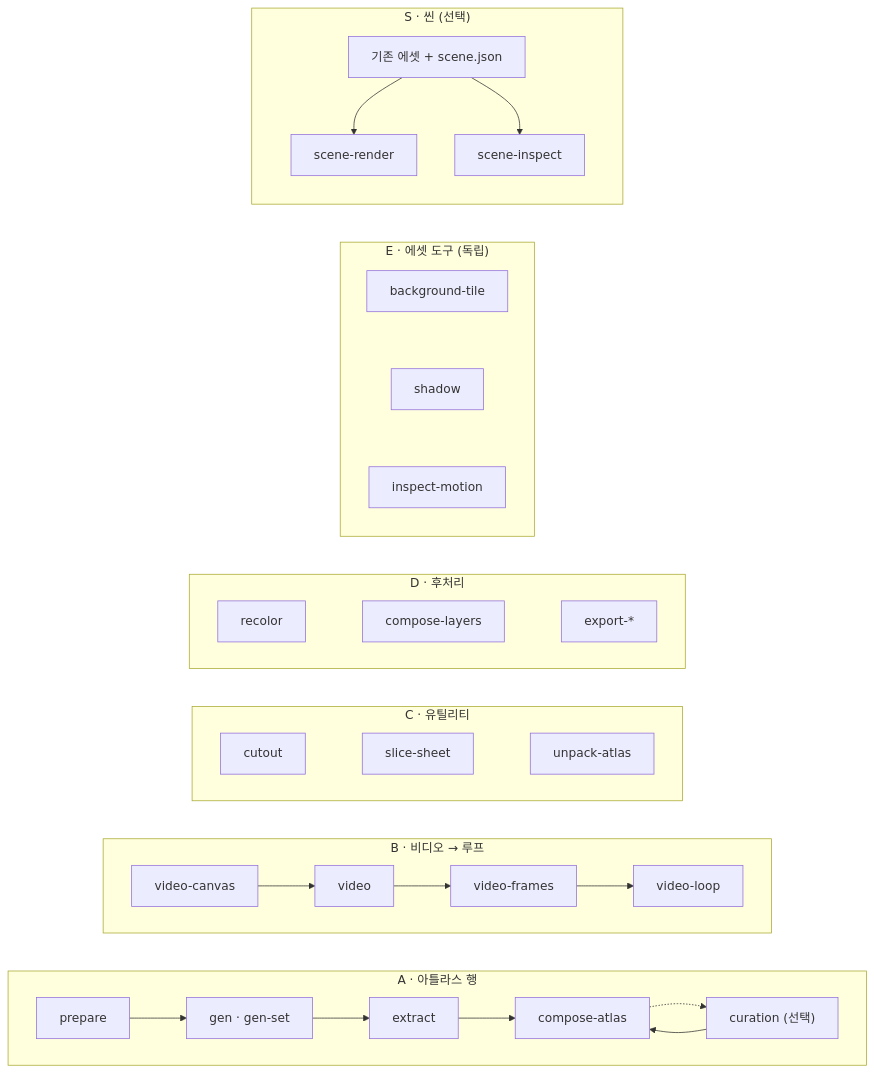
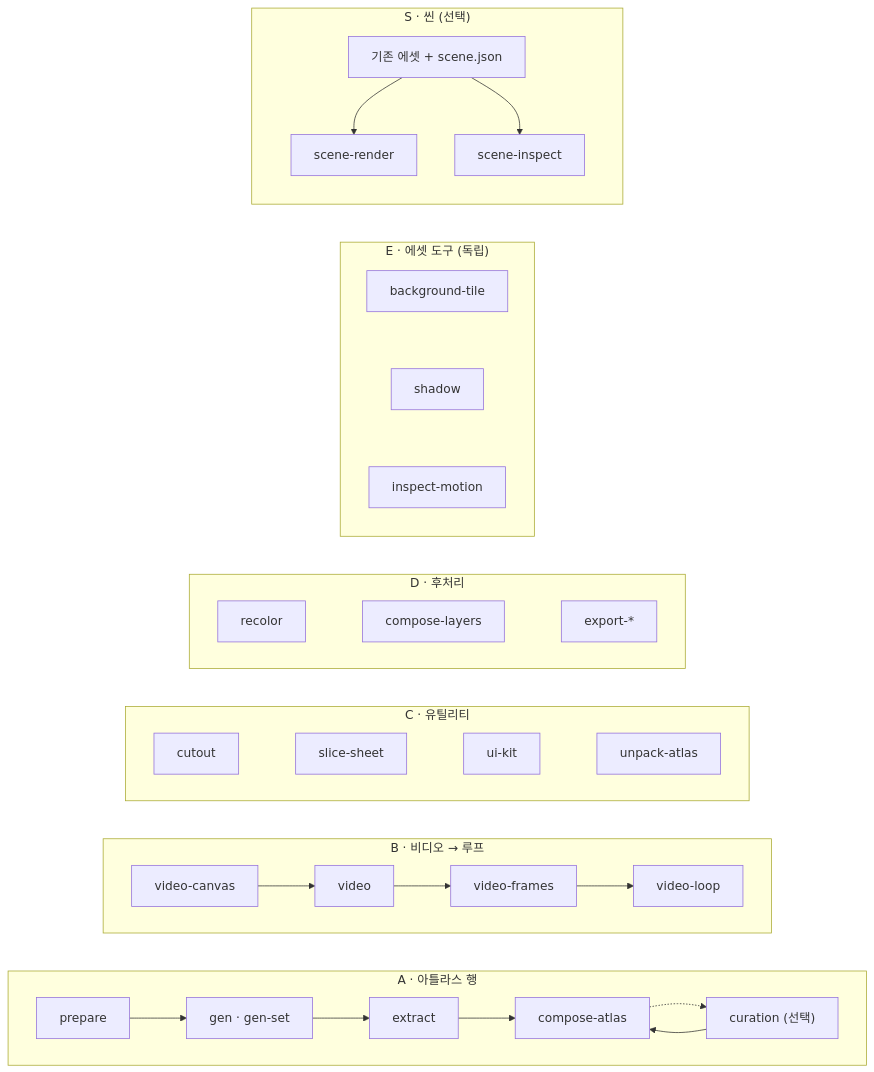
One commit to gabrielmoreira/agent-skills-mirror changed the diagram in mirrors/repos/aldegad@sprite-gen/README.ko.md. Above: the diagram before and after it, drawn with Mermaid. The commit also changed 12651 other files, not shown here.

````diff
--- a/mirrors/repos/aldegad@sprite-gen/README.ko.md
+++ b/mirrors/repos/aldegad@sprite-gen/README.ko.md
@@ -43,28 +43,28 @@
 ```mermaid
 flowchart LR
     subgraph A["A · 아틀라스 행"]
         direction LR
         a1[prepare] --> a2["gen · gen-set"] --> a3[extract] --> a5[compose-atlas]
         a5 -.-> a4["curation (선택)"]
         a4 --> a5
     end
     subgraph B["B · 비디오 → 루프"]
         direction LR
         b1[video-canvas] --> b2[video] --> b3[video-frames] --> b4[video-loop]
     end
     subgraph C["C · 유틸리티"]
         direction LR
-        c1[cutout] ~~~ c2[slice-sheet] ~~~ c3[unpack-atlas]
+        c1[cutout] ~~~ c2[slice-sheet] ~~~ c4[ui-kit] ~~~ c3[unpack-atlas]
     end
     subgraph D["D · 후처리"]
         direction LR
         d1[recolor] ~~~ d2[compose-layers] ~~~ d3[export-*]
     end
     subgraph E["E · 에셋 도구 (독립)"]
         e1[background-tile] ~~~ e2[shadow] ~~~ e3[inspect-motion]
     end
     subgraph S["S · 씬 (선택)"]
         s1["기존 에셋 + scene.json"] --> s2[scene-render]
         s1 --> s3[scene-inspect]
     end
 ```
````
